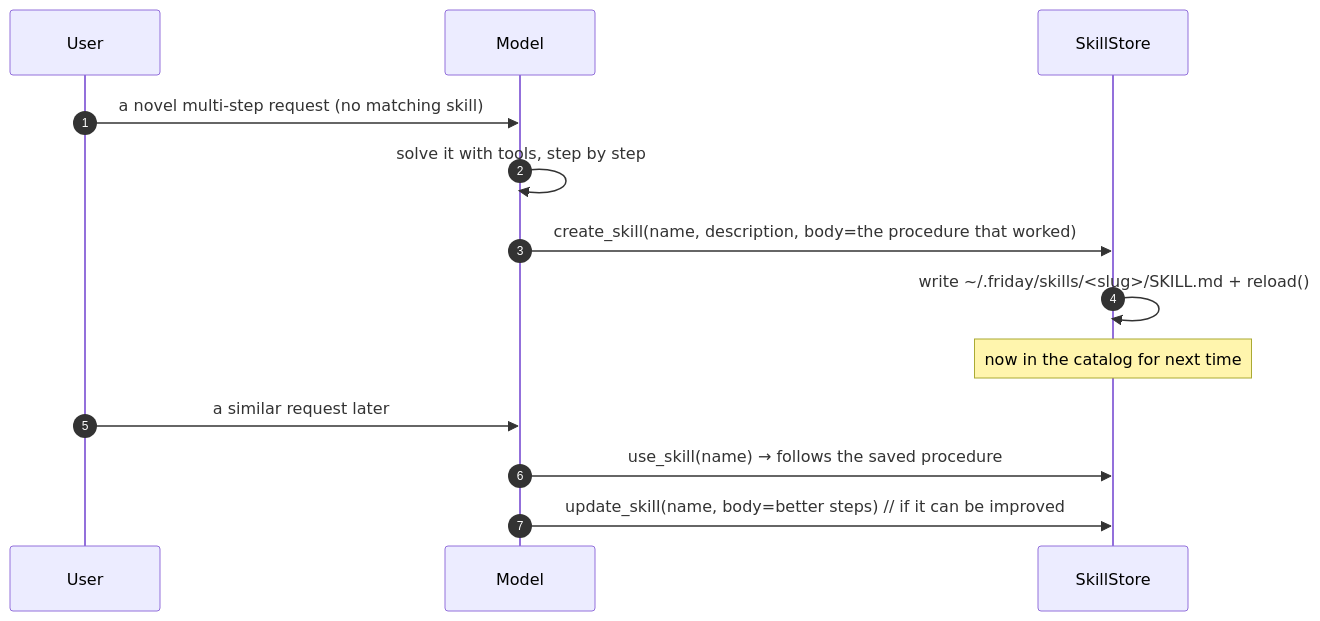
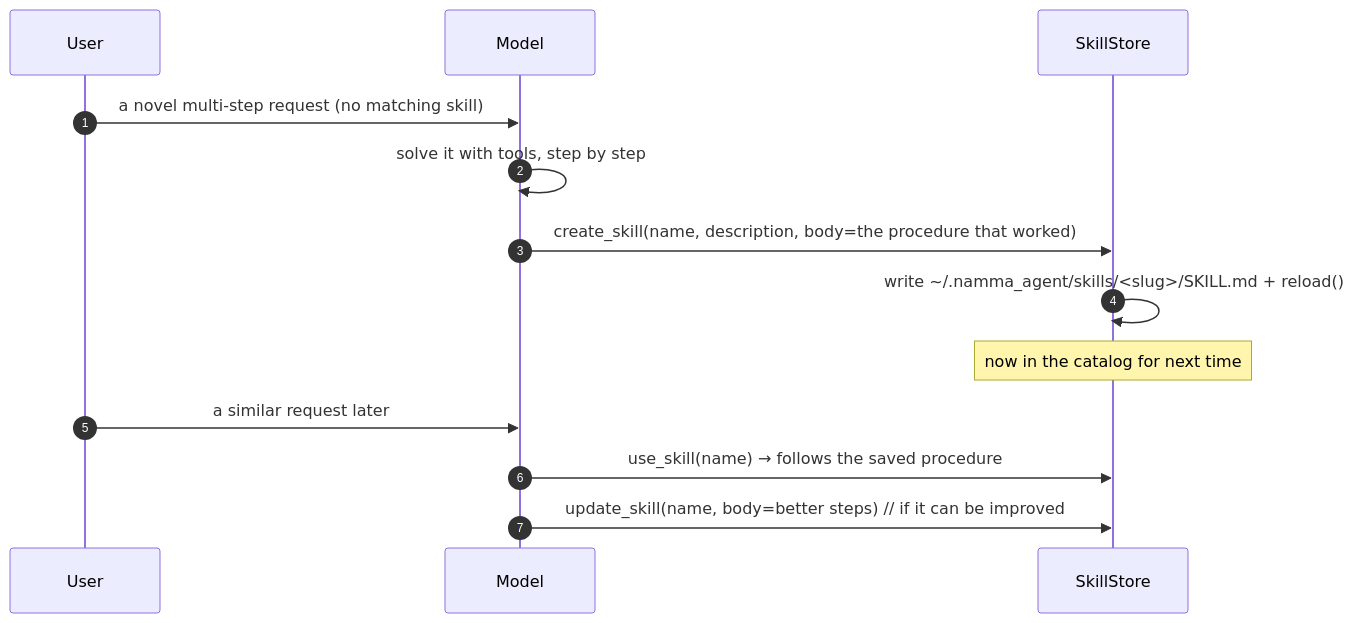
The second of 2 diagrams in docs/SKILLS.md (SanthoshReddy352/AGI), drawn with Mermaid before and after one commit. The commit also changed other lines of this file and 332 other files, not shown here.

````diff
--- a/docs/SKILLS.md
+++ b/docs/SKILLS.md
@@ -145,15 +145,15 @@
 ```mermaid
 sequenceDiagram
     autonumber
     participant U as User
     participant M as Model
     participant S as SkillStore
     U->>M: a novel multi-step request (no matching skill)
     M->>M: solve it with tools, step by step
     M->>S: create_skill(name, description, body=the procedure that worked)
-    S->>S: write ~/.friday/skills/<slug>/SKILL.md + reload()
+    S->>S: write ~/.namma_agent/skills/<slug>/SKILL.md + reload()
     Note over S: now in the catalog for next time
     U->>M: a similar request later
     M->>S: use_skill(name) → follows the saved procedure
     M->>S: update_skill(name, body=better steps)  // if it can be improved
 ```
````
